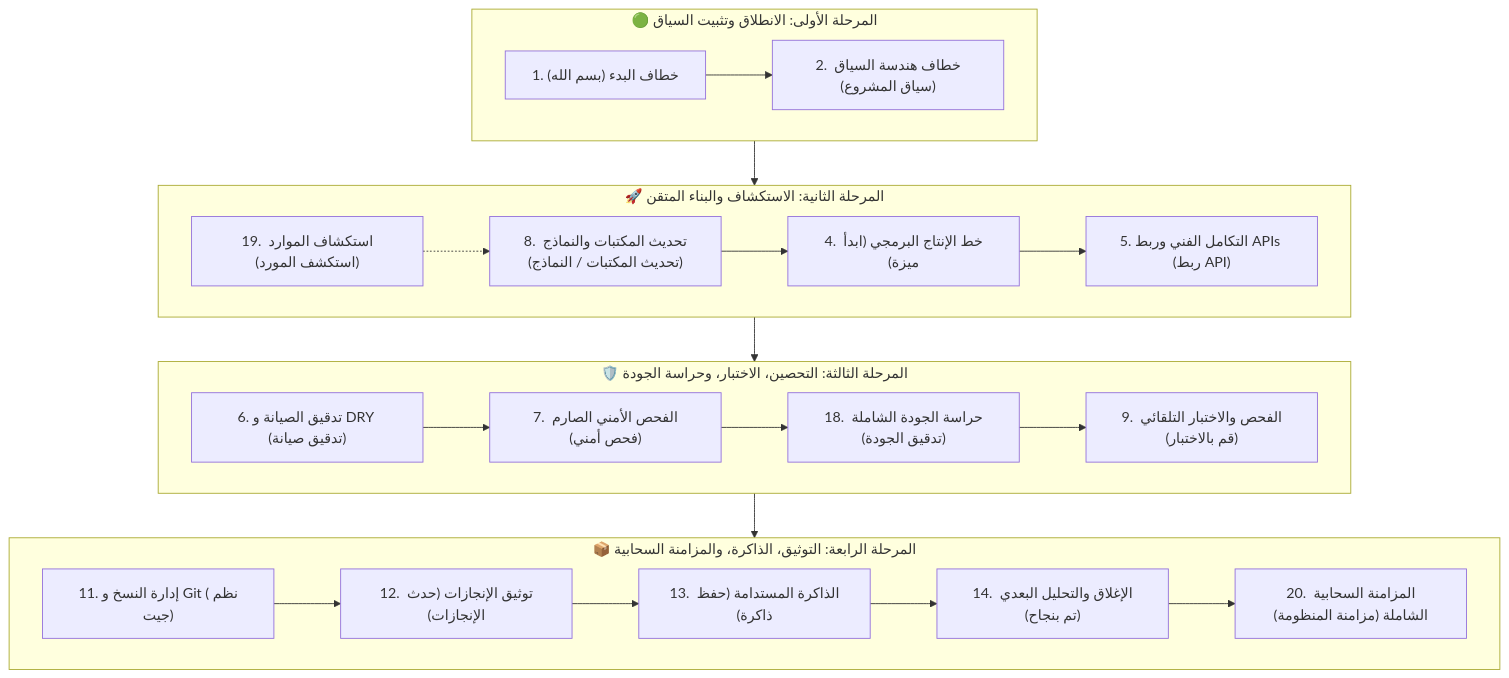
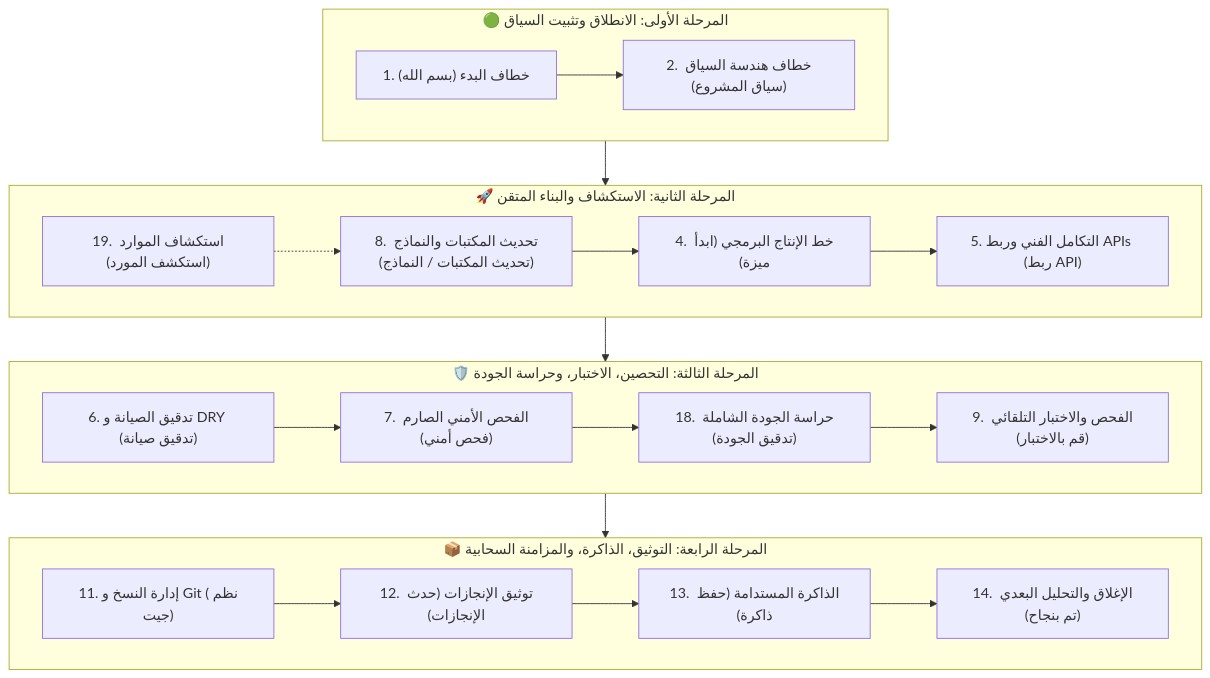
One commit to ibrahimalkateb965-tech/Claude-Antigravity-Workspace changed the diagram in hooks_user_guide.md. Above: the diagram before and after it, drawn with Mermaid. The commit also changed other lines of this file and 276 other files, not shown here.

````diff
--- a/hooks_user_guide.md
+++ b/hooks_user_guide.md
@@ -11,23 +11,22 @@
 ```mermaid
 flowchart TD
     subgraph Phase1 ["🟢 المرحلة الأولى: الانطلاق وتثبيت السياق"]
         H1["1. خطاف البدء (بسم الله)"] --> H2["2. خطاف هندسة السياق (سياق المشروع)"]
     end
     subgraph Phase2 ["🚀 المرحلة الثانية: الاستكشاف والبناء المتقن"]
         H19["19. استكشاف الموارد (استكشف المورد)"] -.-> H8["8. تحديث المكتبات والنماذج (تحديث المكتبات / النماذج)"]
         H8 --> H4["4. خط الإنتاج البرمجي (ابدأ ميزة)"]
         H4 --> H5["5. التكامل الفني وربط APIs (ربط API)"]
     end
     subgraph Phase3 ["🛡️ المرحلة الثالثة: التحصين، الاختبار، وحراسة الجودة"]
         H6["6. تدقيق الصيانة و DRY (تدقيق صيانة)"] --> H7["7. الفحص الأمني الصارم (فحص أمني)"]
         H7 --> H18["18. حراسة الجودة الشاملة (تدقيق الجودة)"]
         H18 --> H9["9. الفحص والاختبار التلقائي (قم بالاختبار)"]
     end
     subgraph Phase4 ["📦 المرحلة الرابعة: التوثيق، الذاكرة، والمزامنة السحابية"]
         H11["11. إدارة النسخ و Git (نظم جيت)"] --> H12["12. توثيق الإنجازات (حدث الإنجازات)"]
         H12 --> H13["13. الذاكرة المستدامة (حفظ ذاكرة)"]
         H13 --> H14["14. الإغلاق والتحليل البعدي (تم بنجاح)"]
-        H14 --> H20["20. المزامنة السحابية الشاملة (مزامنة المنظومة)"]
     end
     Phase1 --> Phase2 --> Phase3 --> Phase4
 ```
````
